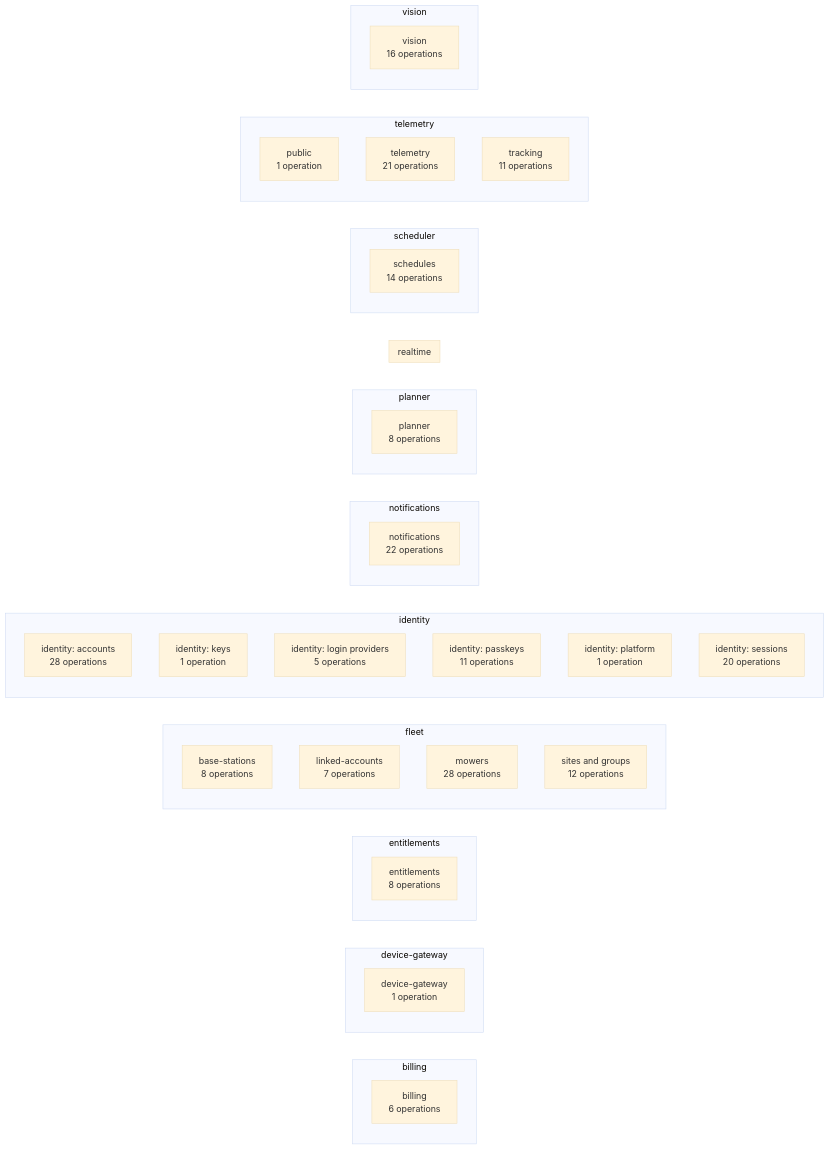
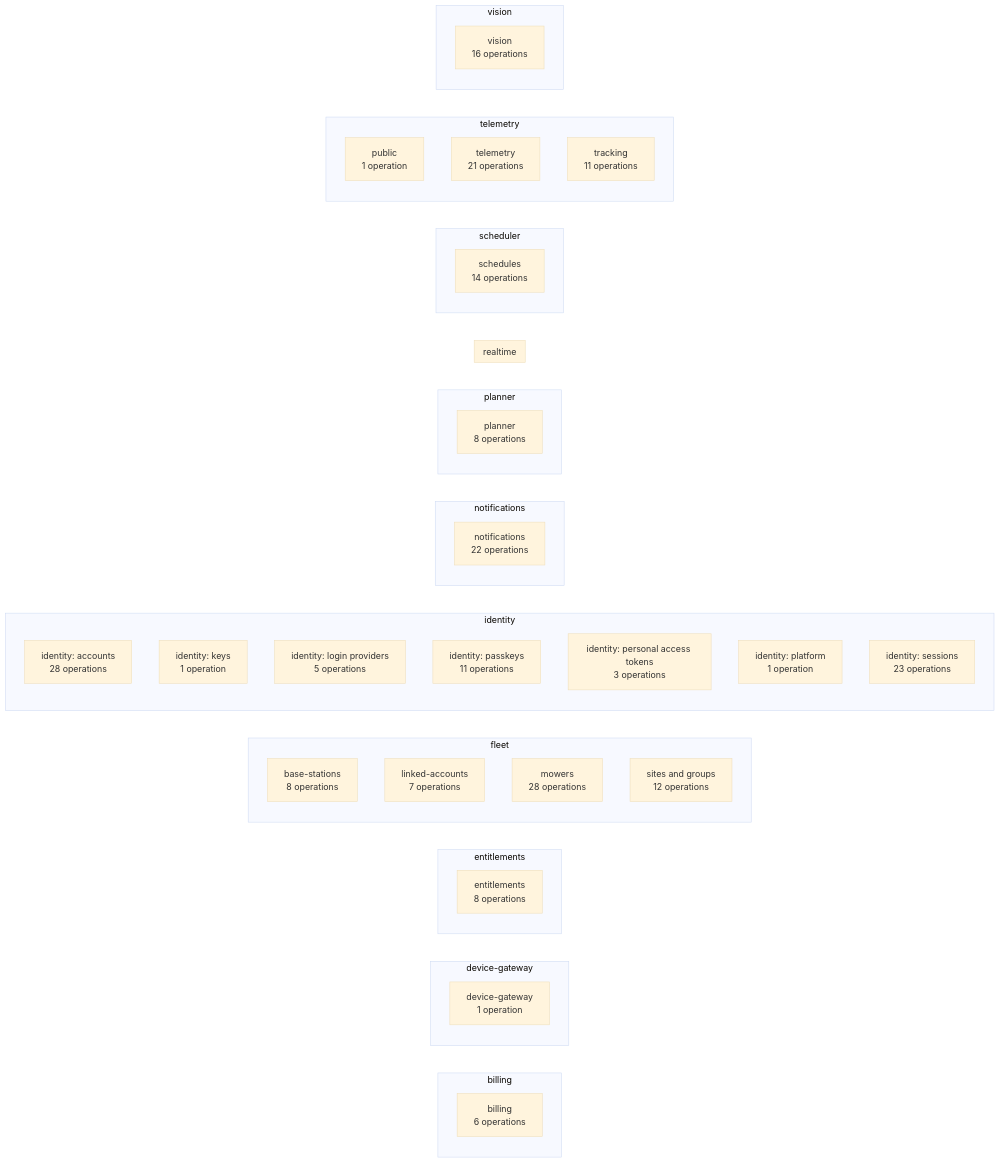
Diagram 14 of 15 in docs/architecture/generated.md (lukislp/mowdeck), drawn with Mermaid (base theme) before and after one commit. The commit also changed other lines of this file and 44 other files, not shown here.

First line of the commit message:
feat: personal access tokens and the public API documentation (ADR 0064) (#179)

````diff
--- a/docs/architecture/generated.md
+++ b/docs/architecture/generated.md
@@ -435,56 +435,57 @@
 ```mermaid
 flowchart LR
   subgraph billing["billing"]
     direction TB
     billing_billing["billing<br/>6 operations"]
   end
   subgraph device_gateway["device-gateway"]
     direction TB
     device_gateway_device_gateway["device-gateway<br/>1 operation"]
   end
   subgraph entitlements["entitlements"]
     direction TB
     entitlements_entitlements["entitlements<br/>8 operations"]
   end
   subgraph fleet["fleet"]
     direction TB
     fleet_base_stations["base-stations<br/>8 operations"]
     fleet_linked_accounts["linked-accounts<br/>7 operations"]
     fleet_mowers["mowers<br/>28 operations"]
     fleet_sites_and_groups["sites and groups<br/>12 operations"]
   end
   subgraph identity["identity"]
     direction TB
     identity_identity__accounts["identity: accounts<br/>28 operations"]
     identity_identity__keys["identity: keys<br/>1 operation"]
     identity_identity__login_providers["identity: login providers<br/>5 operations"]
     identity_identity__passkeys["identity: passkeys<br/>11 operations"]
+    identity_identity__personal_access_tokens["identity: personal access tokens<br/>3 operations"]
     identity_identity__platform["identity: platform<br/>1 operation"]
-    identity_identity__sessions["identity: sessions<br/>20 operations"]
+    identity_identity__sessions["identity: sessions<br/>23 operations"]
   end
   subgraph notifications["notifications"]
     direction TB
     notifications_notifications["notifications<br/>22 operations"]
   end
   subgraph planner["planner"]
     direction TB
     planner_planner["planner<br/>8 operations"]
   end
   subgraph realtime["realtime"]
     direction TB
   end
   subgraph scheduler["scheduler"]
     direction TB
     scheduler_schedules["schedules<br/>14 operations"]
   end
   subgraph telemetry["telemetry"]
     direction TB
     telemetry_public["public<br/>1 operation"]
     telemetry_telemetry["telemetry<br/>21 operations"]
     telemetry_tracking["tracking<br/>11 operations"]
   end
   subgraph vision["vision"]
     direction TB
     vision_vision["vision<br/>16 operations"]
   end
 ```
````
